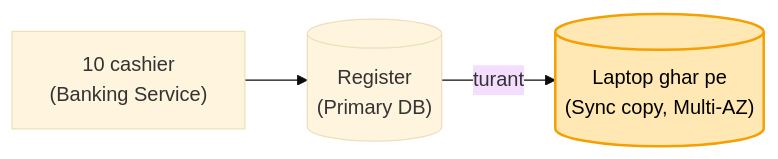
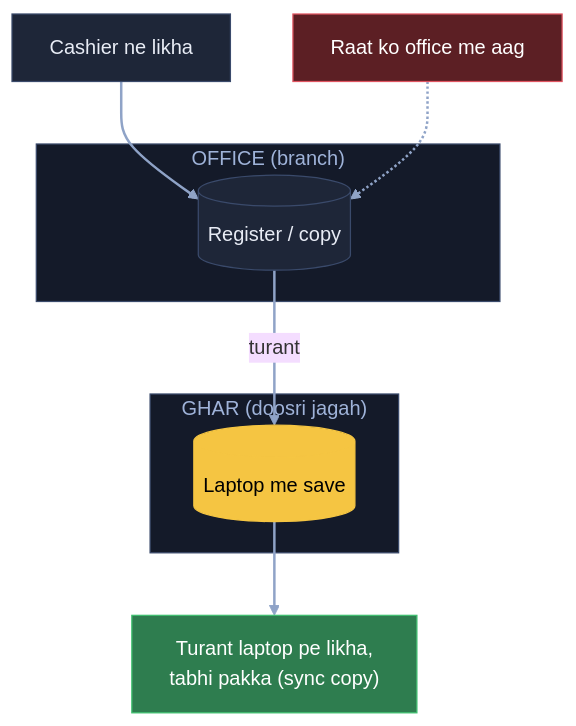
Before and after one commit to ArpanMaheshwari144/Prep: the seventh of 20 diagrams in 04_HLD/SYSTEM_DESIGNS/13_banking_system/13_banking_system.md, drawn with Mermaid (base theme). The commit also changed other lines of this file, not shown here.

Commit message:
Banking: 20 diagram hand notes ke shabdon se (branch, register, diary, laptop, photocopy, chhotu)

````diff
--- a/04_HLD/SYSTEM_DESIGNS/13_banking_system/13_banking_system.md
+++ b/04_HLD/SYSTEM_DESIGNS/13_banking_system/13_banking_system.md
@@ -158,6 +231,23 @@
 ```mermaid
-flowchart LR
-    C["10 cashier<br/>(Banking Service)"] --> R[("Register<br/>(Primary DB)")]
-    R -- "turant" --> L[("Laptop ghar pe<br/>(Sync copy, Multi-AZ)")]
-    style L fill:#ffe8b3,stroke:#f59f00,stroke-width:2px,color:#000
+flowchart TB
+    C["Cashier ne likha"]:::card
+    subgraph OF["OFFICE (branch)"]
+        R[("Register / copy")]:::card
+    end
+    subgraph GH["GHAR (doosri jagah)"]
+        L[("Laptop me save")]:::pill
+    end
+    F["Raat ko office me aag"]:::bad
+    OK["Turant laptop pe likha,<br/>tabhi pakka (sync copy)"]:::good
+    C --> R
+    R -- "turant" --> L
+    F -.-> R
+    L --> OK
+    linkStyle default stroke:#8fa3c7,stroke-width:2px
+    classDef card fill:#1e2638,stroke:#3a4a6b,color:#e8ecf5
+    classDef pill fill:#f5c542,stroke:#f5c542,color:#000
+    classDef good fill:#2e7d4f,stroke:#3fbf6f,color:#fff
+    classDef bad fill:#5c1f24,stroke:#e05561,color:#fff
+    style OF fill:#141a29,stroke:#3a4a6b,color:#9fb3d9
+    style GH fill:#141a29,stroke:#3a4a6b,color:#9fb3d9
 ```
````
